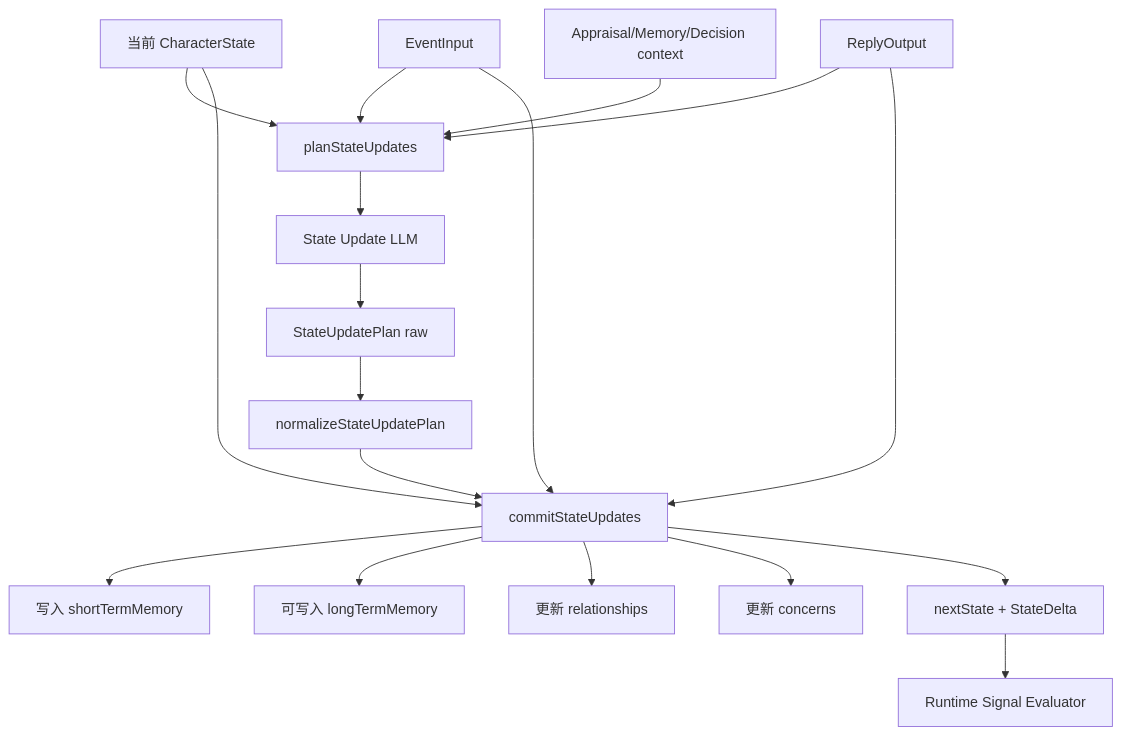
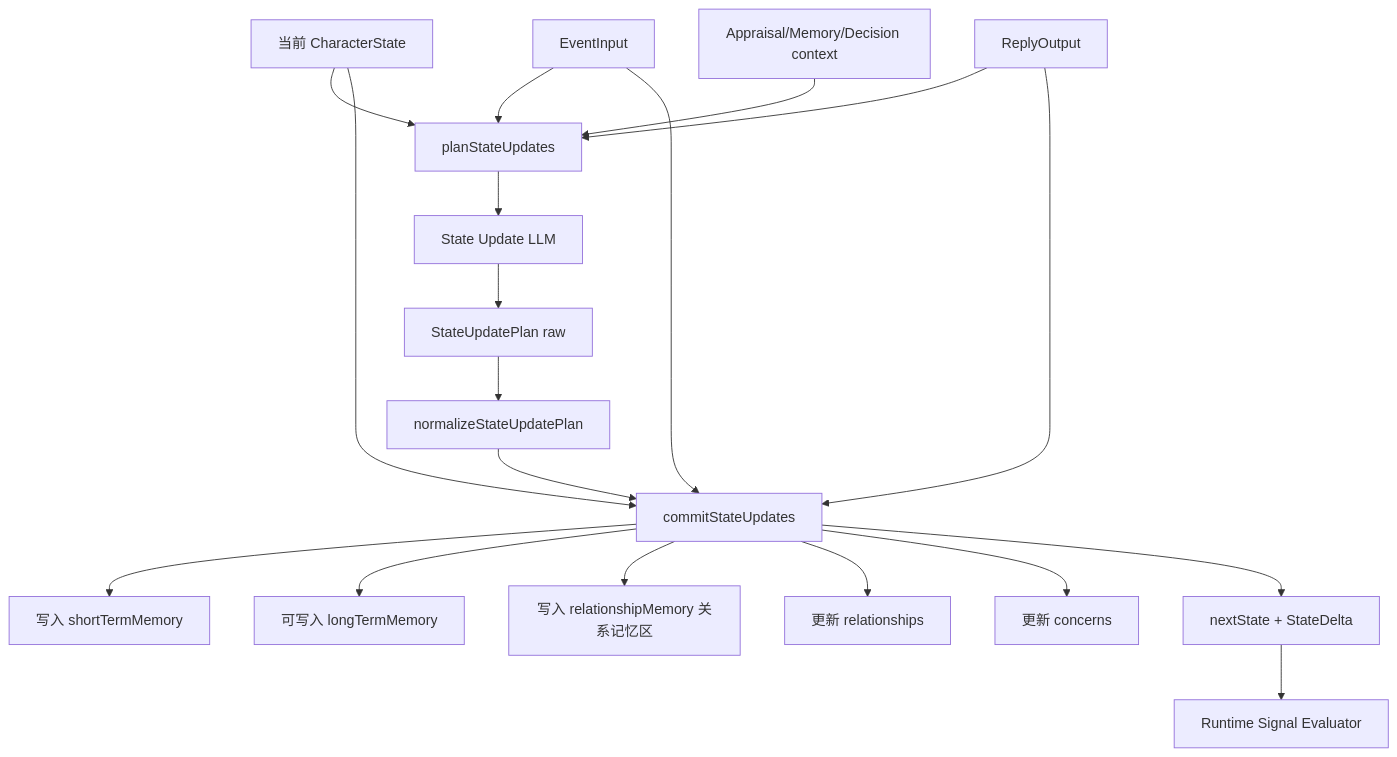
Before and after one commit to ttmanthatman/virtual-human-flow: diagram 21 of 31 in docs/SYSTEM_FLOW.md, drawn with Mermaid. The commit also changed other lines of this file and 15 other files, not shown here.

Commit message:
feat: add user relationship memory

````diff
--- a/docs/SYSTEM_FLOW.md
+++ b/docs/SYSTEM_FLOW.md
@@ -490,20 +490,21 @@
 ```mermaid
 flowchart TD
     S["当前 CharacterState"] --> PLAN["planStateUpdates"]
     E["EventInput"] --> PLAN
     R["ReplyOutput"] --> PLAN
     C["Appraisal/Memory/Decision context"] --> PLAN
     PLAN --> CLIENT["State Update LLM"]
     CLIENT --> RAW["StateUpdatePlan raw"]
     RAW --> NORM["normalizeStateUpdatePlan"]
     NORM --> COMMIT["commitStateUpdates"]
     S --> COMMIT
     E --> COMMIT
     R --> COMMIT
     COMMIT --> STM["写入 shortTermMemory"]
     COMMIT --> LTM["可写入 longTermMemory"]
+    COMMIT --> RMEM["写入 relationshipMemory 关系记忆区"]
     COMMIT --> REL["更新 relationships"]
     COMMIT --> CONCERN["更新 concerns"]
     COMMIT --> NEXT["nextState + StateDelta"]
     NEXT --> SIGNAL["Runtime Signal Evaluator"]
 ```
````
